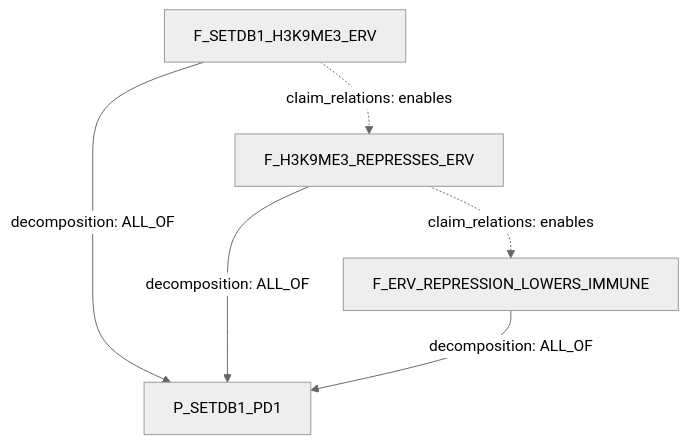
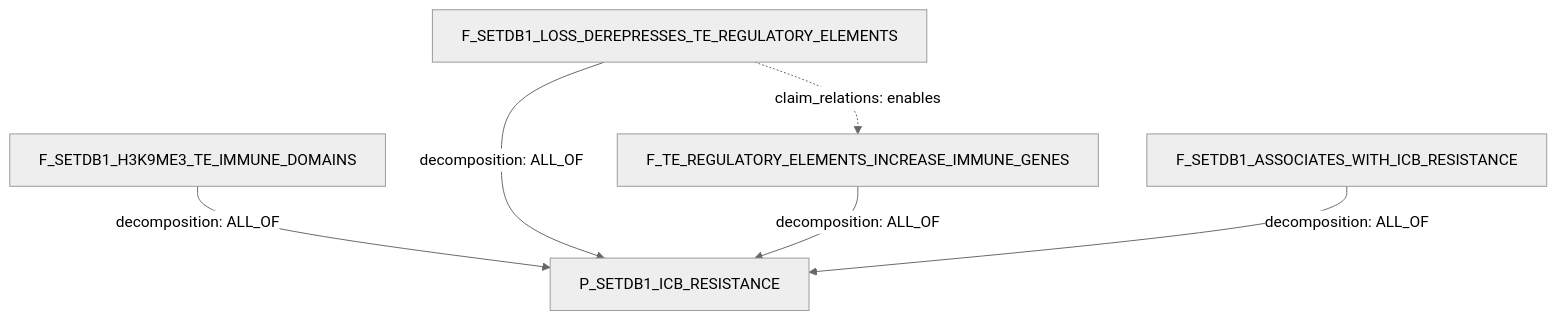
One commit to eliannaqk/bioKG changed the diagram in ingest/CLAIM_OBJECT_SIMPLE.md. Above: the diagram before and after it, drawn with Mermaid (neutral theme). The commit also changed other lines of this file and 3 other files, not shown here.

Commit message:
Refine SETDB1 claim examples

````diff
--- a/ingest/CLAIM_OBJECT_SIMPLE.md
+++ b/ingest/CLAIM_OBJECT_SIMPLE.md
@@ -71,14 +74,15 @@
 ```mermaid
 flowchart TD
-  F1["F_SETDB1_H3K9ME3_ERV"]
-  F2["F_H3K9ME3_REPRESSES_ERV"]
-  F3["F_ERV_REPRESSION_LOWERS_IMMUNE"]
-  P["P_SETDB1_PD1"]
+  F1["F_SETDB1_H3K9ME3_TE_IMMUNE_DOMAINS"]
+  F2["F_SETDB1_LOSS_DEREPRESSES_TE_REGULATORY_ELEMENTS"]
+  F3["F_TE_REGULATORY_ELEMENTS_INCREASE_IMMUNE_GENES"]
+  F4["F_SETDB1_ASSOCIATES_WITH_ICB_RESISTANCE"]
+  P["P_SETDB1_ICB_RESISTANCE"]
 
   F1 -- "decomposition: ALL_OF" --> P
   F2 -- "decomposition: ALL_OF" --> P
   F3 -- "decomposition: ALL_OF" --> P
+  F4 -- "decomposition: ALL_OF" --> P
 
-  F1 -. "claim_relations: enables" .-> F2
   F2 -. "claim_relations: enables" .-> F3
 ```
````
